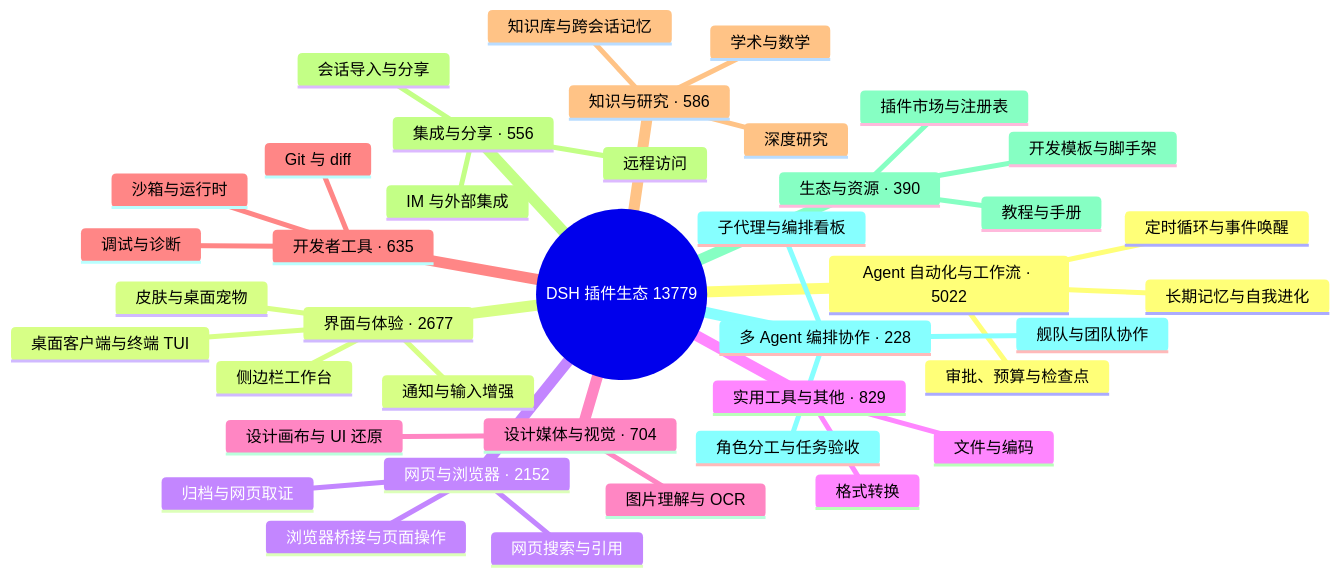
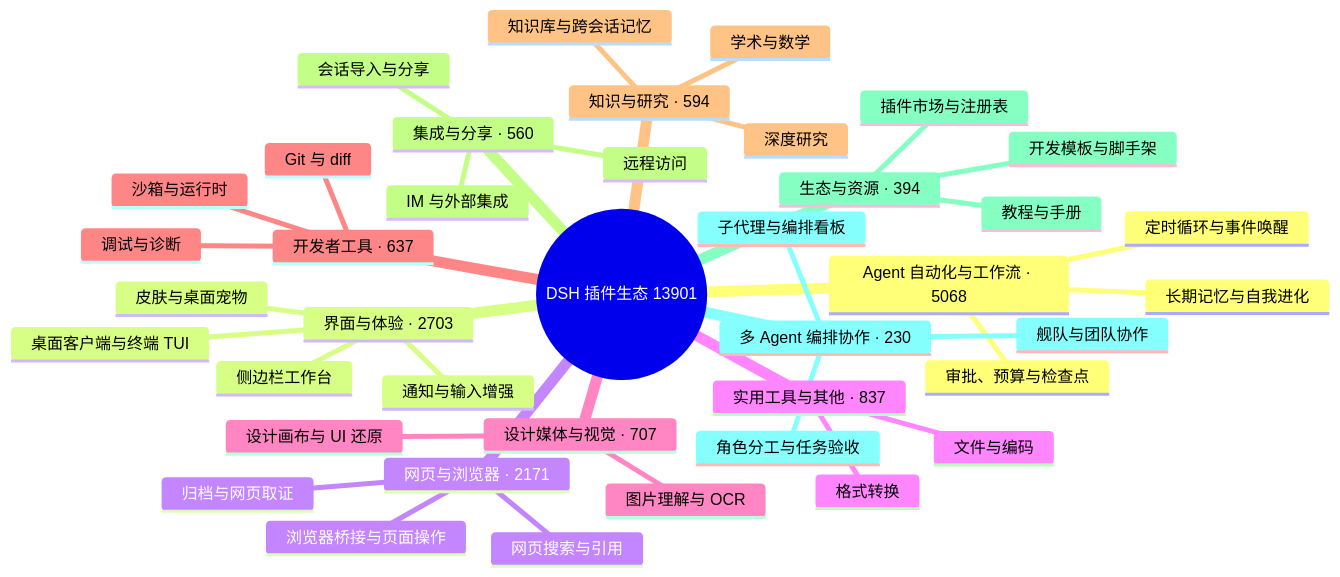
One commit to bruc3van/awesome-dsh-plugin changed the diagram in README.md. Above: the diagram before and after it, drawn with Mermaid. The commit also changed other lines of this file and 22 other files, not shown here.

````diff
--- a/README.md
+++ b/README.md
@@ -16,43 +16,43 @@
 ```mermaid
 mindmap
-  root((DSH 插件生态 13779))
-    Agent 自动化与工作流 · 5022
+  root((DSH 插件生态 13901))
+    Agent 自动化与工作流 · 5068
       定时循环与事件唤醒
       长期记忆与自我进化
       审批、预算与检查点
-    界面与体验 · 2677
+    界面与体验 · 2703
       桌面客户端与终端 TUI
       侧边栏工作台
       皮肤与桌面宠物
       通知与输入增强
-    网页与浏览器 · 2152
+    网页与浏览器 · 2171
       浏览器桥接与页面操作
       网页搜索与引用
       归档与网页取证
-    实用工具与其他 · 829
+    实用工具与其他 · 837
       文件与编码
       格式转换
-    设计媒体与视觉 · 704
+    设计媒体与视觉 · 707
       图片理解与 OCR
       设计画布与 UI 还原
-    开发者工具 · 635
+    开发者工具 · 637
       Git 与 diff
       沙箱与运行时
       调试与诊断
-    知识与研究 · 586
+    知识与研究 · 594
       知识库与跨会话记忆
       深度研究
       学术与数学
-    集成与分享 · 556
+    集成与分享 · 560
       会话导入与分享
       远程访问
       IM 与外部集成
-    生态与资源 · 390
+    生态与资源 · 394
       插件市场与注册表
       开发模板与脚手架
       教程与手册
-    多 Agent 编排协作 · 228
+    多 Agent 编排协作 · 230
       子代理与编排看板
       舰队与团队协作
       角色分工与任务验收
 ```
````
